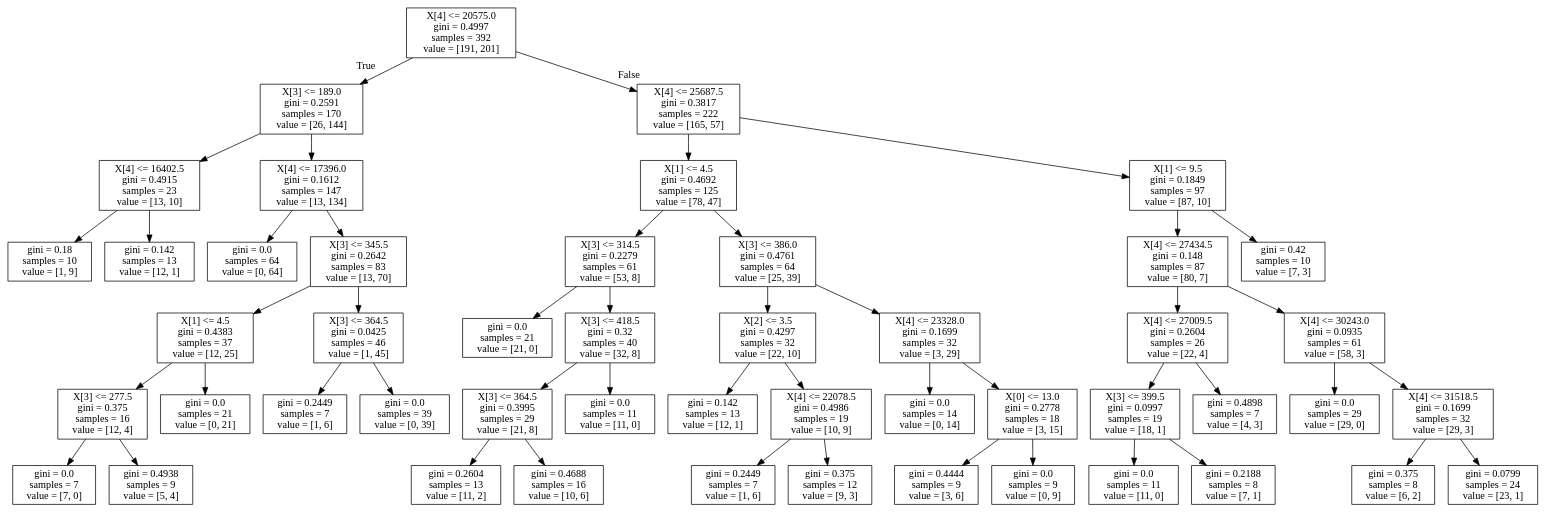
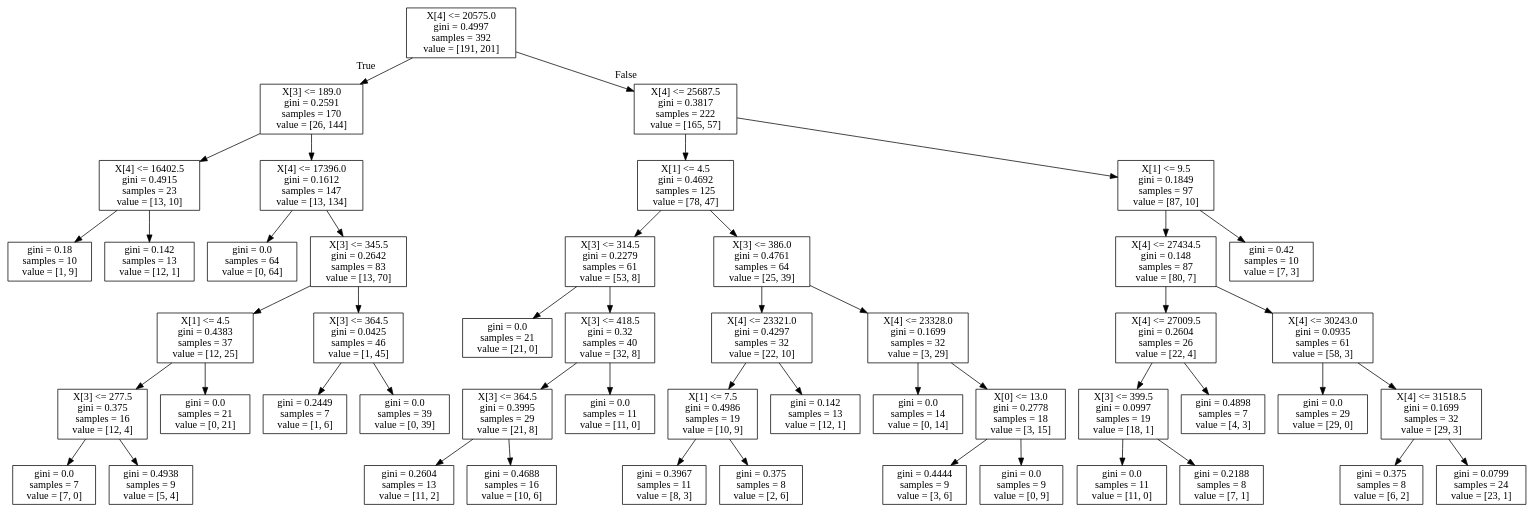
The diagram in NaoDecisionTree.dot (cmcollander/NaoLego), drawn with Graphviz before and after one commit. The commit also changed 3 other files, not shown here.

```diff
--- a/NaoDecisionTree.dot
+++ b/NaoDecisionTree.dot
@@ -1,100 +1,100 @@
 digraph Tree {
 node [shape=box] ;
 0 [label="X[4] <= 20575.0\ngini = 0.4997\nsamples = 392\nvalue = [191, 201]"] ;
 1 [label="X[3] <= 189.0\ngini = 0.2591\nsamples = 170\nvalue = [26, 144]"] ;
 0 -> 1 [labeldistance=2.5, labelangle=45, headlabel="True"] ;
 2 [label="X[4] <= 16402.5\ngini = 0.4915\nsamples = 23\nvalue = [13, 10]"] ;
 1 -> 2 ;
 3 [label="gini = 0.18\nsamples = 10\nvalue = [1, 9]"] ;
 2 -> 3 ;
 4 [label="gini = 0.142\nsamples = 13\nvalue = [12, 1]"] ;
 2 -> 4 ;
 5 [label="X[4] <= 17396.0\ngini = 0.1612\nsamples = 147\nvalue = [13, 134]"] ;
 1 -> 5 ;
 6 [label="gini = 0.0\nsamples = 64\nvalue = [0, 64]"] ;
 5 -> 6 ;
 7 [label="X[3] <= 345.5\ngini = 0.2642\nsamples = 83\nvalue = [13, 70]"] ;
 5 -> 7 ;
 8 [label="X[1] <= 4.5\ngini = 0.4383\nsamples = 37\nvalue = [12, 25]"] ;
 7 -> 8 ;
 9 [label="X[3] <= 277.5\ngini = 0.375\nsamples = 16\nvalue = [12, 4]"] ;
 8 -> 9 ;
 10 [label="gini = 0.0\nsamples = 7\nvalue = [7, 0]"] ;
 9 -> 10 ;
 11 [label="gini = 0.4938\nsamples = 9\nvalue = [5, 4]"] ;
 9 -> 11 ;
 12 [label="gini = 0.0\nsamples = 21\nvalue = [0, 21]"] ;
 8 -> 12 ;
 13 [label="X[3] <= 364.5\ngini = 0.0425\nsamples = 46\nvalue = [1, 45]"] ;
 7 -> 13 ;
 14 [label="gini = 0.2449\nsamples = 7\nvalue = [1, 6]"] ;
 13 -> 14 ;
 15 [label="gini = 0.0\nsamples = 39\nvalue = [0, 39]"] ;
 13 -> 15 ;
 16 [label="X[4] <= 25687.5\ngini = 0.3817\nsamples = 222\nvalue = [165, 57]"] ;
 0 -> 16 [labeldistance=2.5, labelangle=-45, headlabel="False"] ;
 17 [label="X[1] <= 4.5\ngini = 0.4692\nsamples = 125\nvalue = [78, 47]"] ;
 16 -> 17 ;
 18 [label="X[3] <= 314.5\ngini = 0.2279\nsamples = 61\nvalue = [53, 8]"] ;
 17 -> 18 ;
 19 [label="gini = 0.0\nsamples = 21\nvalue = [21, 0]"] ;
 18 -> 19 ;
 20 [label="X[3] <= 418.5\ngini = 0.32\nsamples = 40\nvalue = [32, 8]"] ;
 18 -> 20 ;
 21 [label="X[3] <= 364.5\ngini = 0.3995\nsamples = 29\nvalue = [21, 8]"] ;
 20 -> 21 ;
 22 [label="gini = 0.2604\nsamples = 13\nvalue = [11, 2]"] ;
 21 -> 22 ;
 23 [label="gini = 0.4688\nsamples = 16\nvalue = [10, 6]"] ;
 21 -> 23 ;
 24 [label="gini = 0.0\nsamples = 11\nvalue = [11, 0]"] ;
 20 -> 24 ;
 25 [label="X[3] <= 386.0\ngini = 0.4761\nsamples = 64\nvalue = [25, 39]"] ;
 17 -> 25 ;
-26 [label="X[2] <= 3.5\ngini = 0.4297\nsamples = 32\nvalue = [22, 10]"] ;
+26 [label="X[4] <= 23321.0\ngini = 0.4297\nsamples = 32\nvalue = [22, 10]"] ;
 25 -> 26 ;
-27 [label="gini = 0.142\nsamples = 13\nvalue = [12, 1]"] ;
+27 [label="X[1] <= 7.5\ngini = 0.4986\nsamples = 19\nvalue = [10, 9]"] ;
 26 -> 27 ;
-28 [label="X[4] <= 22078.5\ngini = 0.4986\nsamples = 19\nvalue = [10, 9]"] ;
-26 -> 28 ;
-29 [label="gini = 0.2449\nsamples = 7\nvalue = [1, 6]"] ;
-28 -> 29 ;
-30 [label="gini = 0.375\nsamples = 12\nvalue = [9, 3]"] ;
-28 -> 30 ;
+28 [label="gini = 0.3967\nsamples = 11\nvalue = [8, 3]"] ;
+27 -> 28 ;
+29 [label="gini = 0.375\nsamples = 8\nvalue = [2, 6]"] ;
+27 -> 29 ;
+30 [label="gini = 0.142\nsamples = 13\nvalue = [12, 1]"] ;
+26 -> 30 ;
 31 [label="X[4] <= 23328.0\ngini = 0.1699\nsamples = 32\nvalue = [3, 29]"] ;
 25 -> 31 ;
 32 [label="gini = 0.0\nsamples = 14\nvalue = [0, 14]"] ;
 31 -> 32 ;
 33 [label="X[0] <= 13.0\ngini = 0.2778\nsamples = 18\nvalue = [3, 15]"] ;
 31 -> 33 ;
 34 [label="gini = 0.4444\nsamples = 9\nvalue = [3, 6]"] ;
 33 -> 34 ;
 35 [label="gini = 0.0\nsamples = 9\nvalue = [0, 9]"] ;
 33 -> 35 ;
 36 [label="X[1] <= 9.5\ngini = 0.1849\nsamples = 97\nvalue = [87, 10]"] ;
 16 -> 36 ;
 37 [label="X[4] <= 27434.5\ngini = 0.148\nsamples = 87\nvalue = [80, 7]"] ;
 36 -> 37 ;
 38 [label="X[4] <= 27009.5\ngini = 0.2604\nsamples = 26\nvalue = [22, 4]"] ;
 37 -> 38 ;
 39 [label="X[3] <= 399.5\ngini = 0.0997\nsamples = 19\nvalue = [18, 1]"] ;
 38 -> 39 ;
 40 [label="gini = 0.0\nsamples = 11\nvalue = [11, 0]"] ;
 39 -> 40 ;
 41 [label="gini = 0.2188\nsamples = 8\nvalue = [7, 1]"] ;
 39 -> 41 ;
 42 [label="gini = 0.4898\nsamples = 7\nvalue = [4, 3]"] ;
 38 -> 42 ;
 43 [label="X[4] <= 30243.0\ngini = 0.0935\nsamples = 61\nvalue = [58, 3]"] ;
 37 -> 43 ;
 44 [label="gini = 0.0\nsamples = 29\nvalue = [29, 0]"] ;
 43 -> 44 ;
 45 [label="X[4] <= 31518.5\ngini = 0.1699\nsamples = 32\nvalue = [29, 3]"] ;
 43 -> 45 ;
 46 [label="gini = 0.375\nsamples = 8\nvalue = [6, 2]"] ;
 45 -> 46 ;
 47 [label="gini = 0.0799\nsamples = 24\nvalue = [23, 1]"] ;
 45 -> 47 ;
 48 [label="gini = 0.42\nsamples = 10\nvalue = [7, 3]"] ;
 36 -> 48 ;
 }
```
